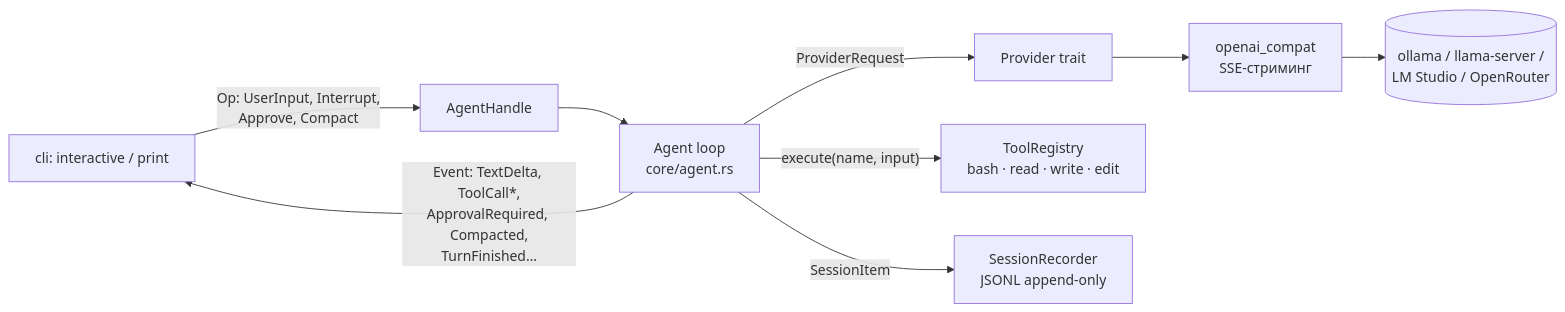
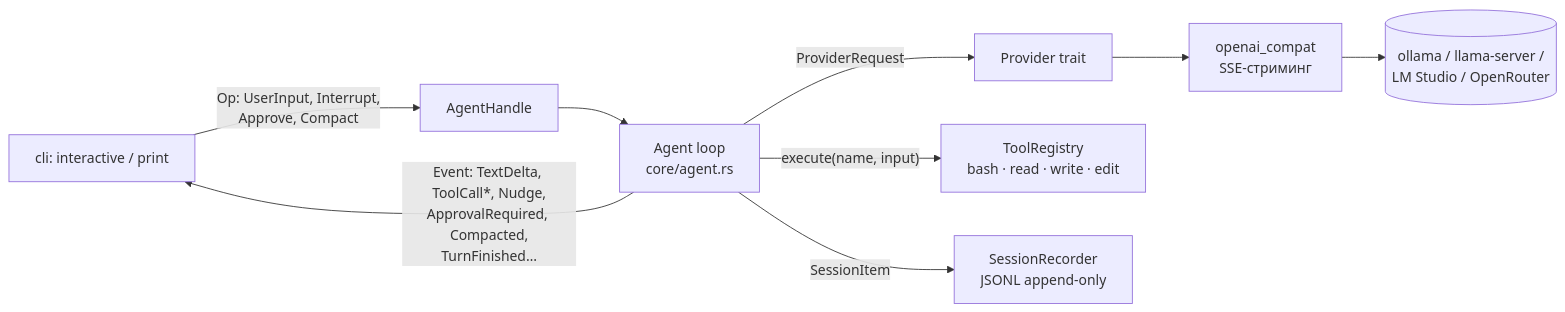
Before and after one commit to dream-x/mark2: the diagram in ARCHITECTURE.md, drawn with Mermaid. The commit also changed other lines of this file and 25 other files, not shown here.

````diff
--- a/ARCHITECTURE.md
+++ b/ARCHITECTURE.md
@@ -13,11 +13,11 @@
 ```mermaid
 flowchart LR
     CLI[cli: interactive / print] -- "Op: UserInput, Interrupt,\nApprove, Compact" --> H[AgentHandle]
     H --> A[Agent loop\ncore/agent.rs]
-    A -- "Event: TextDelta, ToolCall*,\nApprovalRequired, Compacted,\nTurnFinished…" --> CLI
+    A -- "Event: TextDelta, ToolCall*, Nudge,\nApprovalRequired, Compacted,\nTurnFinished…" --> CLI
     A -- ProviderRequest --> P[Provider trait]
     P --> O[openai_compat\nSSE-стриминг]
     O --> S[(ollama / llama-server /\nLM Studio / OpenRouter)]
     A -- "execute(name, input)" --> T[ToolRegistry\nbash · read · write · edit]
     A -- SessionItem --> J[SessionRecorder\nJSONL append-only]
 ```
````
